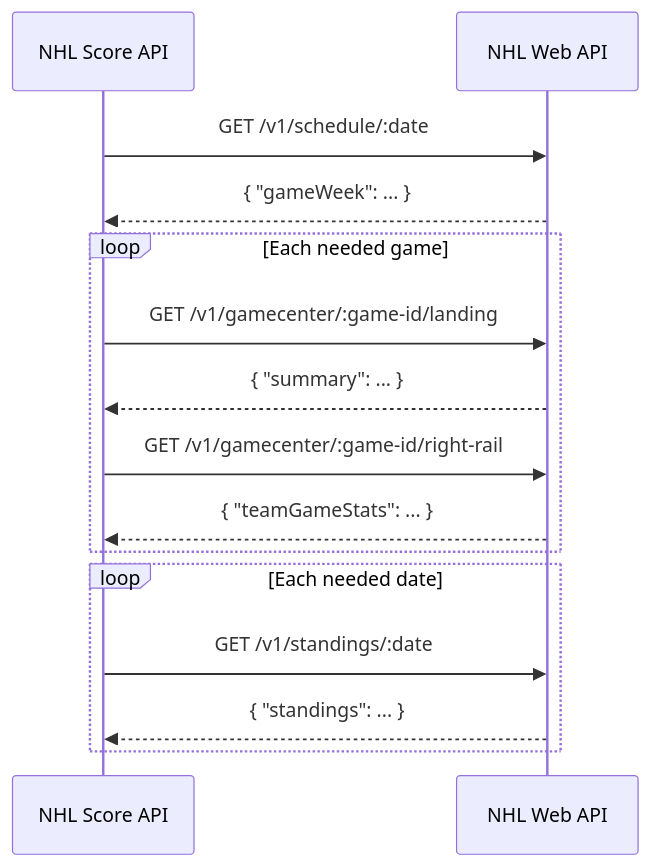
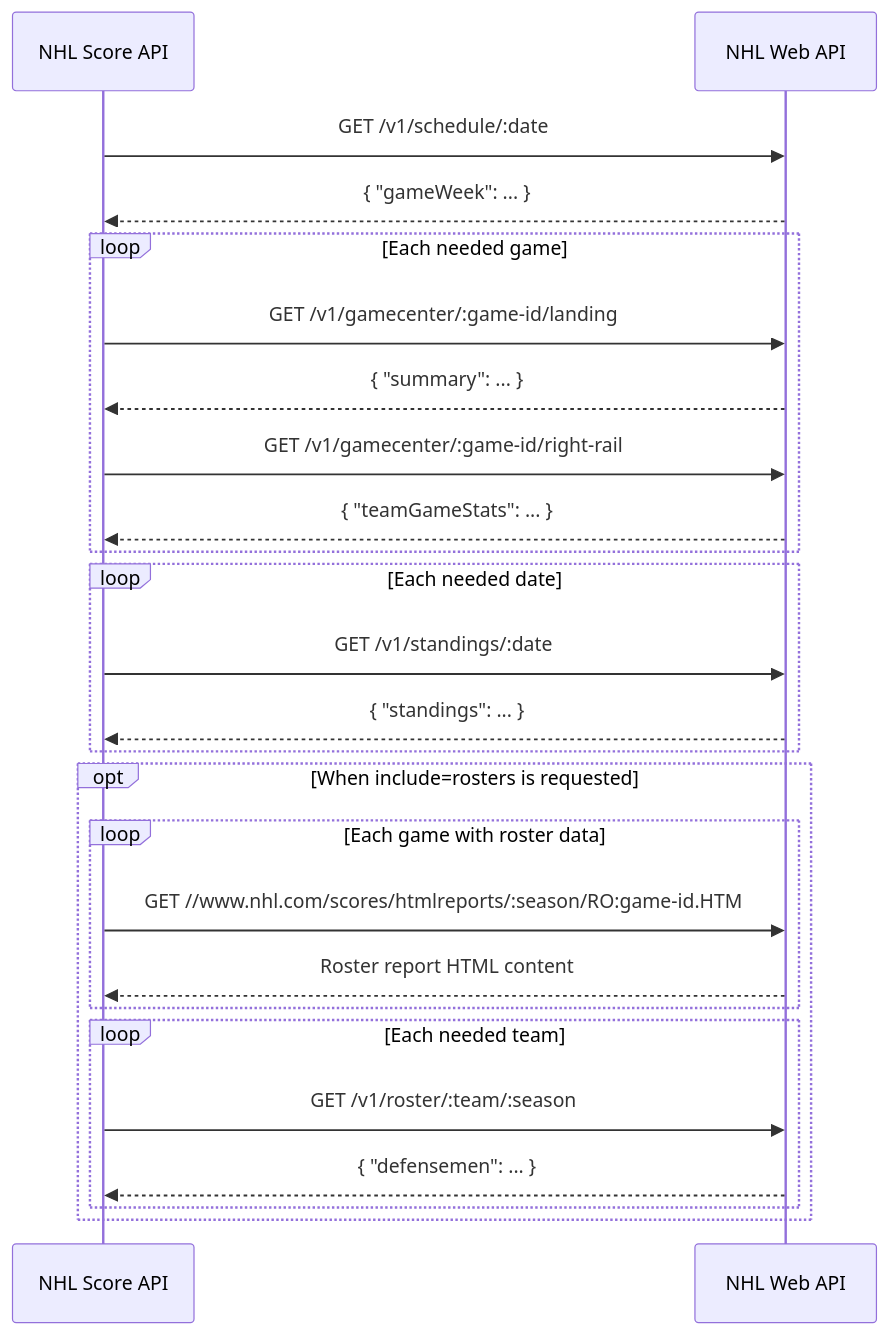
Before and after one commit to peruukki/nhl-score-api: the diagram in README.md, drawn with Mermaid.

Commit message:
Include roster data in data fetching sequence diagram

````diff
--- a/README.md
+++ b/README.md
@@ -35,21 +35,32 @@
 ```mermaid
 sequenceDiagram
   participant S as NHL Score API
   participant W as NHL Web API
 
   S->>W: GET /v1/schedule/:date
   W-->>S: { "gameWeek": ... }
 
   loop Each needed game
     S->>W: GET /v1/gamecenter/:game-id/landing
     W-->>S: { "summary": ... }
     S->>W: GET /v1/gamecenter/:game-id/right-rail
     W-->>S: { "teamGameStats": ... }
   end
 
   loop Each needed date
     S->>W: GET /v1/standings/:date
     W-->>S: { "standings": ... }
   end
 
+  opt When include=rosters is requested
+    loop Each game with roster data
+      S->>W: GET //www.nhl.com/scores/htmlreports/:season/RO:game-id.HTM
+      W-->>S: Roster report HTML content
+    end
+
+    loop Each needed team
+      S->>W: GET /v1/roster/:team/:season
+      W-->>S: { "defensemen": ... }
+    end
+  end
 ```
````
